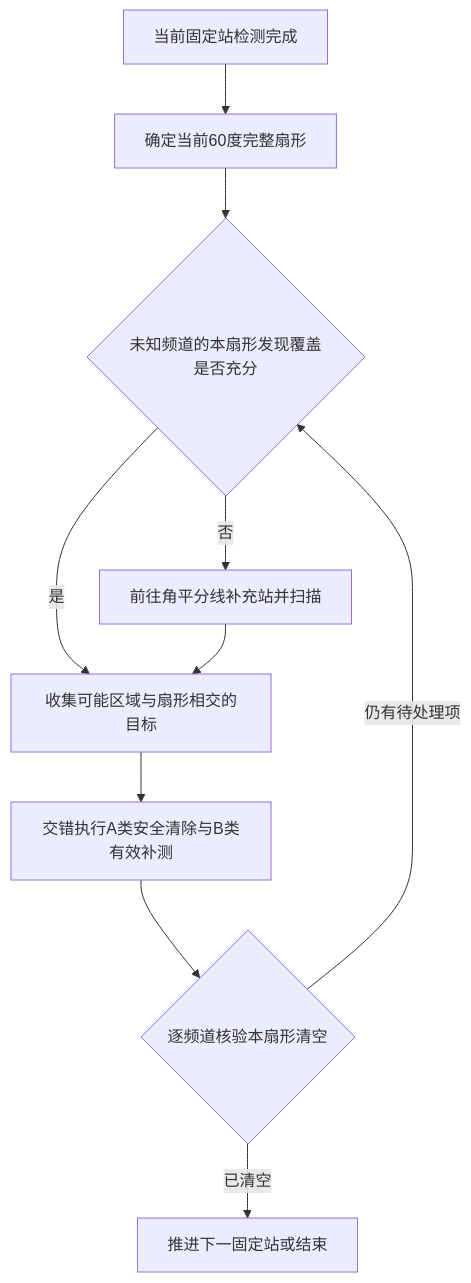
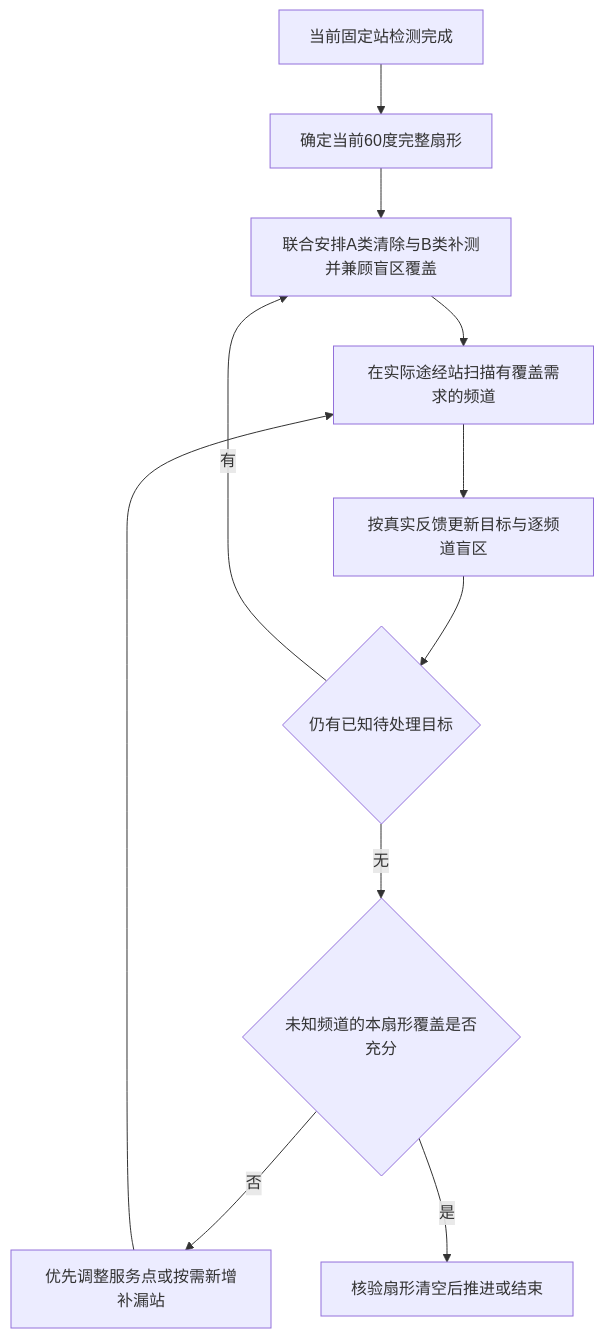
One commit to yukino-miku/cumcm2026-b changed the diagram in docs/第三问/扇形清空规则与覆盖补充_待实施.md. Above: the diagram before and after it, drawn with Mermaid. The commit also changed other lines of this file and 4 other files, not shown here.

````diff
--- a/docs/第三问/扇形清空规则与覆盖补充_待实施.md
+++ b/docs/第三问/扇形清空规则与覆盖补充_待实施.md
@@ -67,12 +82,13 @@
 ```mermaid
 flowchart TD
     A[当前固定站检测完成] --> B[确定当前60度完整扇形]
-    B --> C{未知频道的本扇形发现覆盖是否充分}
-    C -->|否| D[前往角平分线补充站并扫描]
-    C -->|是| E[收集可能区域与扇形相交的目标]
-    D --> E
-    E --> F[交错执行A类安全清除与B类有效补测]
-    F --> G{逐频道核验本扇形清空}
-    G -->|仍有待处理项| C
-    G -->|已清空| H[推进下一固定站或结束]
+    B --> C[联合安排A类清除与B类补测并兼顾盲区覆盖]
+    C --> D[在实际途经站扫描有覆盖需求的频道]
+    D --> E[按真实反馈更新目标与逐频道盲区]
+    E --> F{仍有已知待处理目标}
+    F -->|有| C
+    F -->|无| G{未知频道的本扇形覆盖是否充分}
+    G -->|否| H[优先调整服务点或按需新增补漏站]
+    H --> D
+    G -->|是| I[核验扇形清空后推进或结束]
 ```
````
